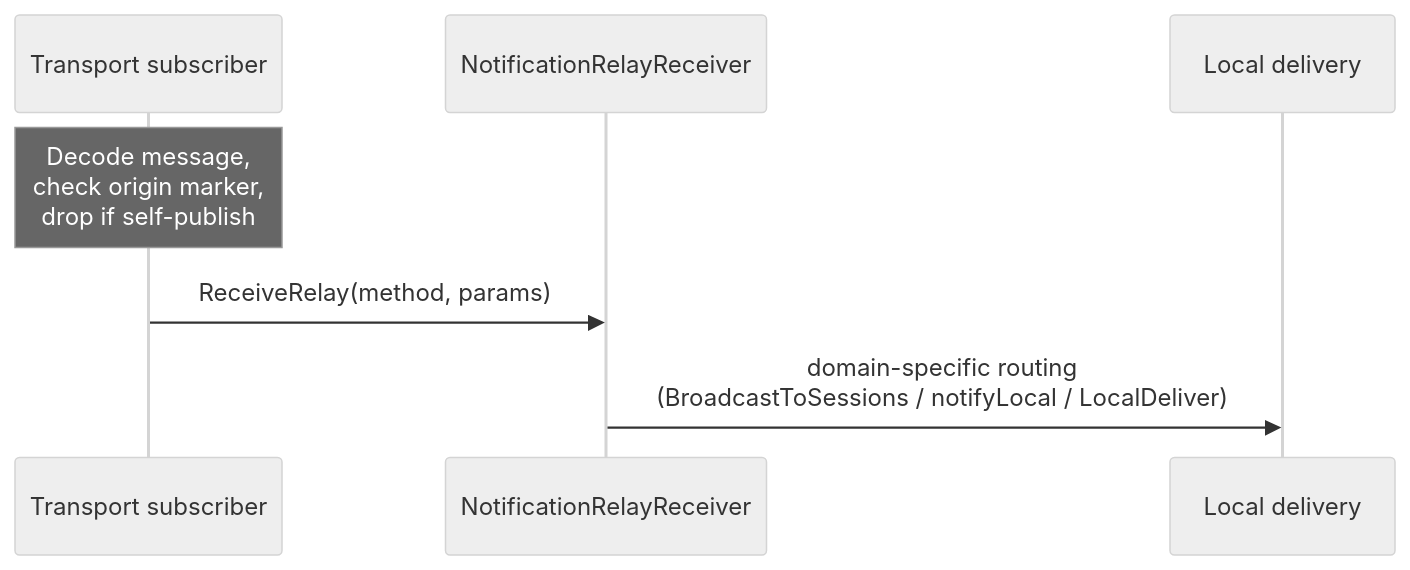
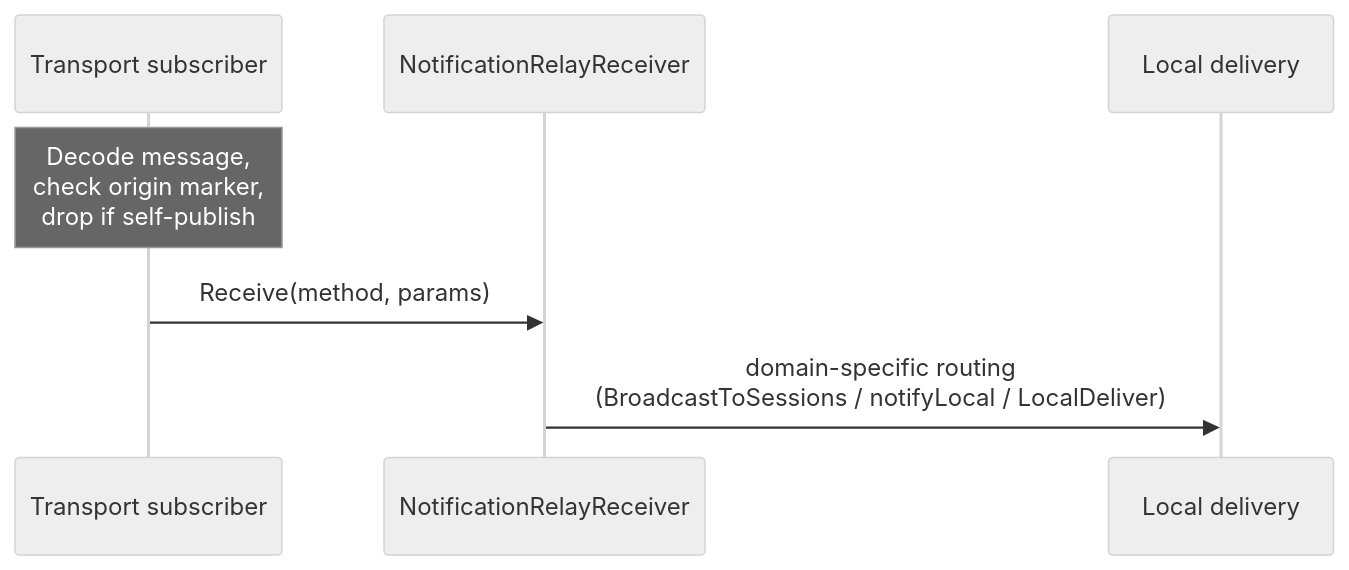
The sixth of 22 diagrams in docs/MULTI_REPLICA.md (panyam/mcpkit), drawn with Mermaid (neutral theme) before and after one commit. The commit also changed other lines of this file and 15 other files, not shown here.

````diff
--- a/docs/MULTI_REPLICA.md
+++ b/docs/MULTI_REPLICA.md
@@ -198,10 +198,10 @@
 ```mermaid
 sequenceDiagram
     participant T as Transport subscriber
     participant Recv as NotificationRelayReceiver
     participant Local as Local delivery
 
     Note over T: Decode message,<br/>check origin marker,<br/>drop if self-publish
-    T->>Recv: ReceiveRelay(method, params)
+    T->>Recv: Receive(method, params)
     Recv->>Local: domain-specific routing<br/>(BroadcastToSessions / notifyLocal / LocalDeliver)
 ```
````
